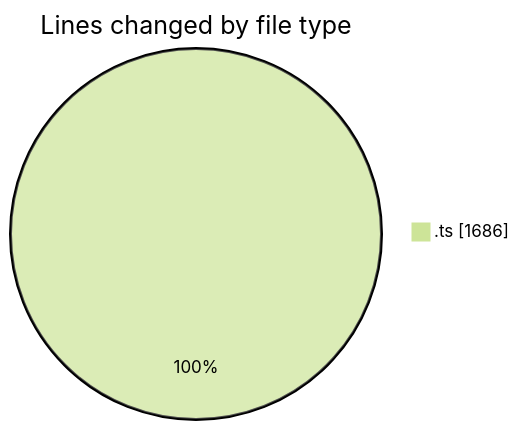
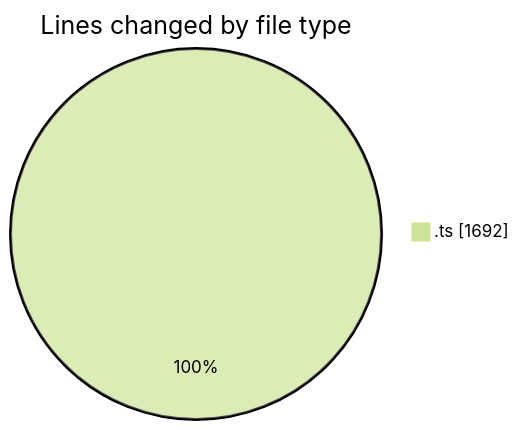
Before and after one commit to momahboobian/code-tracking: the first of 2 diagrams in 2025-06-26/cda/README.md, drawn with Mermaid (forest theme). The commit also changed other lines of this file and 1 other file, not shown here.

````diff
--- a/2025-06-26/cda/README.md
+++ b/2025-06-26/cda/README.md
@@ -22,5 +22,5 @@
 ```mermaid
 pie showData
 title Lines changed by file type
-".ts" : 1686
+".ts" : 1692
 ```
````
